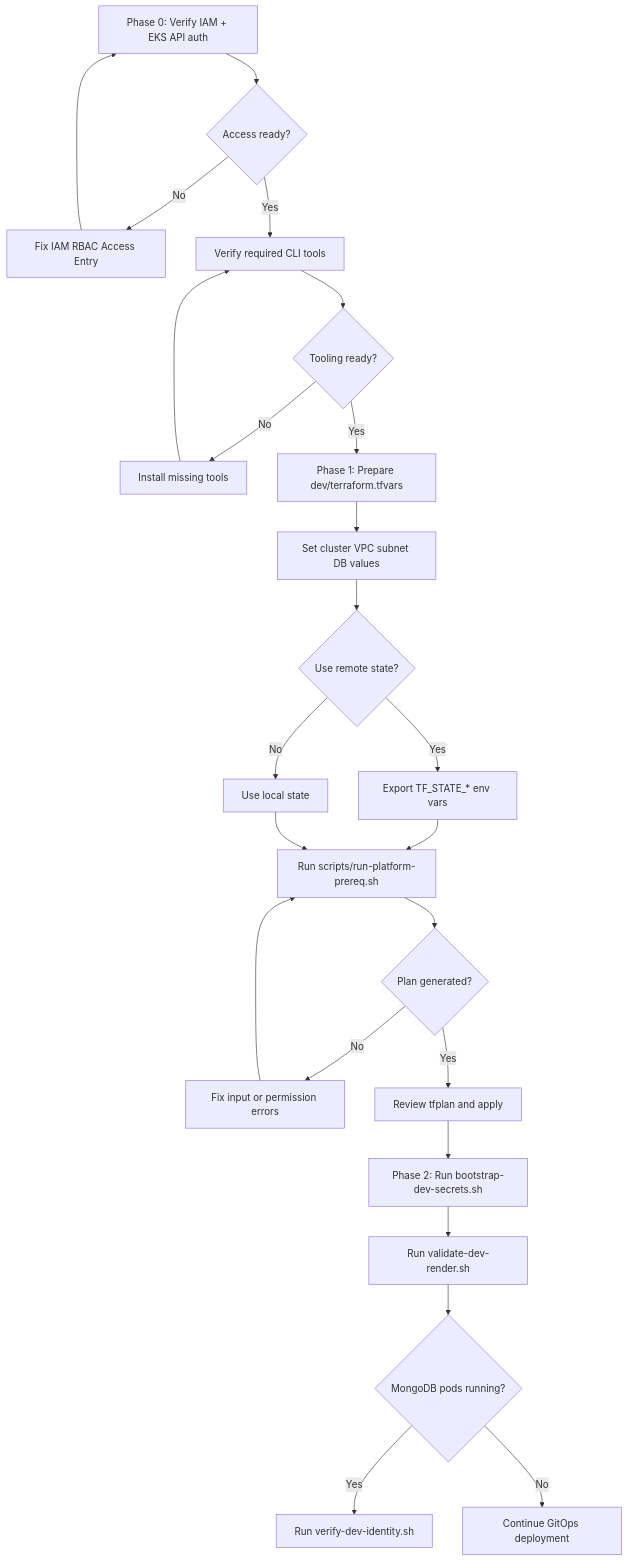
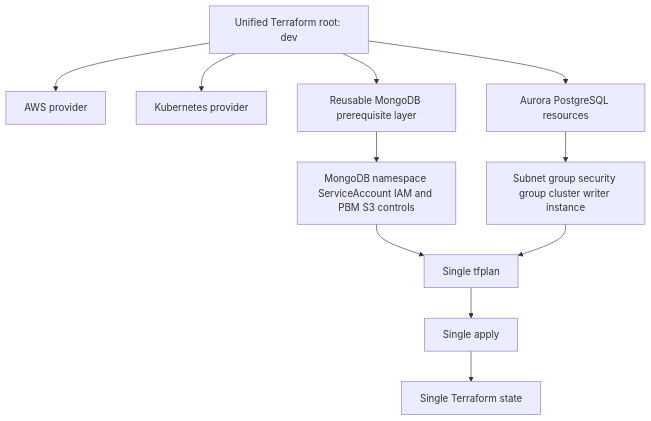
The second of 8 diagrams in platform-prerequisites/terraform/README.md (sml-global/mongodb), drawn with Mermaid before and after one commit. The commit also changed other lines of this file and 2 other files, not shown here.

Commit message:
Clarify Terraform docs for operator and admin readers

````diff
--- a/platform-prerequisites/terraform/README.md
+++ b/platform-prerequisites/terraform/README.md
@@ -156,26 +260,13 @@
 ```mermaid
 flowchart TD
-  A[Phase 0: Verify IAM + EKS API auth] --> B{Access ready?}
-  B -->|No| C[Fix IAM RBAC Access Entry]
-  C --> A
-  B -->|Yes| D[Verify required CLI tools]
-  D --> E{Tooling ready?}
-  E -->|No| F[Install missing tools]
-  F --> D
-  E -->|Yes| G[Phase 1: Prepare dev/terraform.tfvars]
-  G --> H[Set cluster VPC subnet DB values]
-  H --> I{Use remote state?}
-  I -->|Yes| J[Export TF_STATE_* env vars]
-  I -->|No| K[Use local state]
-  J --> L[Run scripts/run-platform-prereq.sh]
-  K --> L
-  L --> M{Plan generated?}
-  M -->|No| N[Fix input or permission errors]
-  N --> L
-  M -->|Yes| O[Review tfplan and apply]
-  O --> P[Phase 2: Run bootstrap-dev-secrets.sh]
-  P --> Q[Run validate-dev-render.sh]
-  Q --> R{MongoDB pods running?}
-  R -->|Yes| S[Run verify-dev-identity.sh]
-  R -->|No| T[Continue GitOps deployment]
+  A[Unified Terraform root: dev] --> B[AWS provider]
+  A --> C[Kubernetes provider]
+  A --> D[Reusable MongoDB prerequisite layer]
+  D --> E[MongoDB namespace ServiceAccount IAM and PBM S3 controls]
+  A --> F[Aurora PostgreSQL resources]
+  F --> G[Subnet group security group cluster writer instance]
+  E --> H[Single tfplan]
+  G --> H
+  H --> I[Single apply]
+  I --> J[Single Terraform state]
 ```
````
